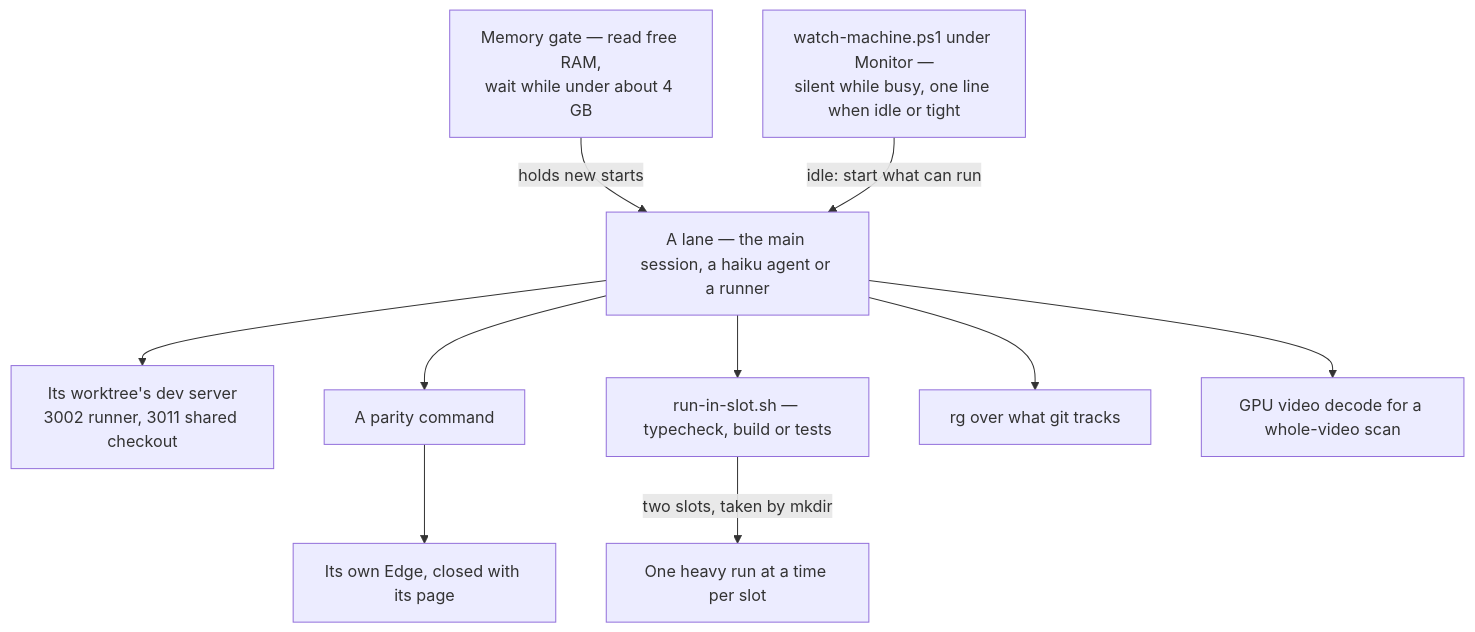
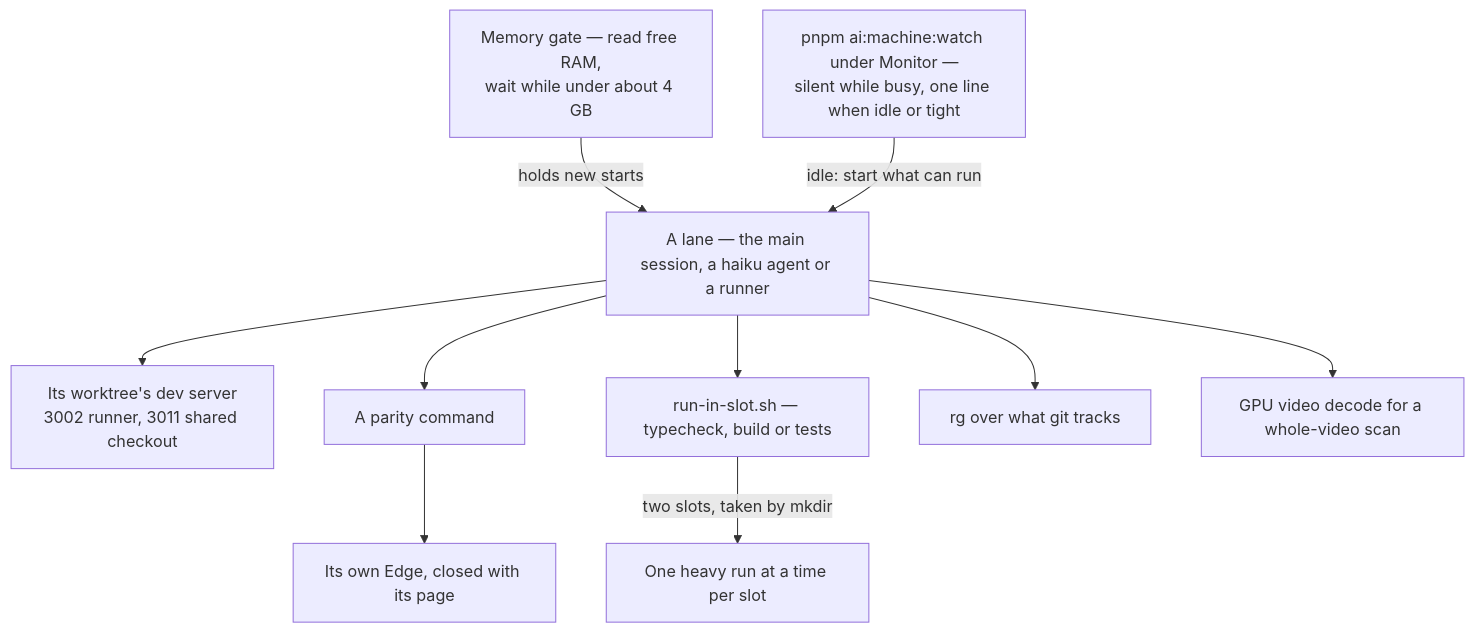
Before and after one commit to Esposter/Esposter: the diagram in apps/web/content/docs/architecture/machine-efficiency.md, drawn with Mermaid. The commit also changed other lines of this file and 4 other files, not shown here.

First line of the commit message:
docs(throughput): the machine watcher is pnpm ai:machine:watch on both platforms

````diff
--- a/apps/web/content/docs/architecture/machine-efficiency.md
+++ b/apps/web/content/docs/architecture/machine-efficiency.md
@@ -19,12 +19,12 @@
 ```mermaid
 flowchart TD
   G["Memory gate — read free RAM,<br/>wait while under about 4 GB"] -->|"holds new starts"| L
-  W["watch-machine.ps1 under Monitor —<br/>silent while busy, one line when idle or tight"] -->|"idle: start what can run"| L
+  W["pnpm ai:machine:watch under Monitor —<br/>silent while busy, one line when idle or tight"] -->|"idle: start what can run"| L
   L["A lane — the main session, a haiku agent or a runner"] --> DS["Its worktree's dev server<br/>3002 runner, 3011 shared checkout"]
   L --> CMD["A parity command"]
   CMD --> EDGE["Its own Edge, closed with its page"]
   L --> SLOT["run-in-slot.sh — typecheck, build or tests"]
   SLOT -->|"two slots, taken by mkdir"| RUN["One heavy run at a time per slot"]
   L --> SEARCH["rg over what git tracks"]
   L --> VIDEO["GPU video decode for a whole-video scan"]
 ```
````
